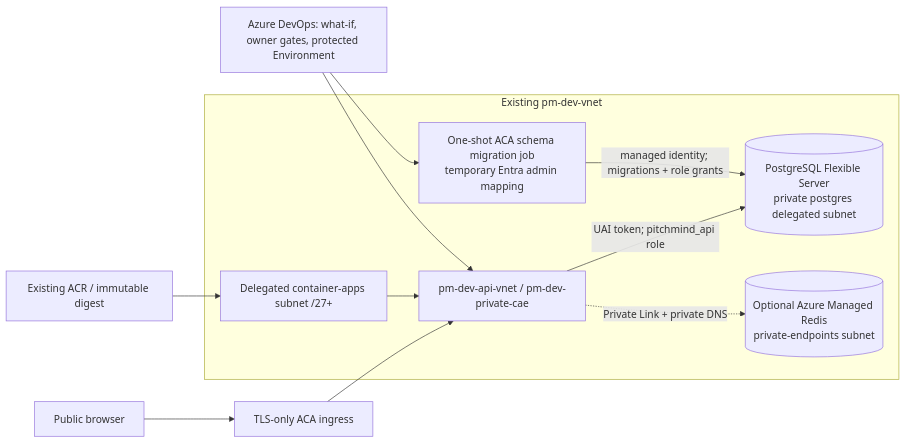
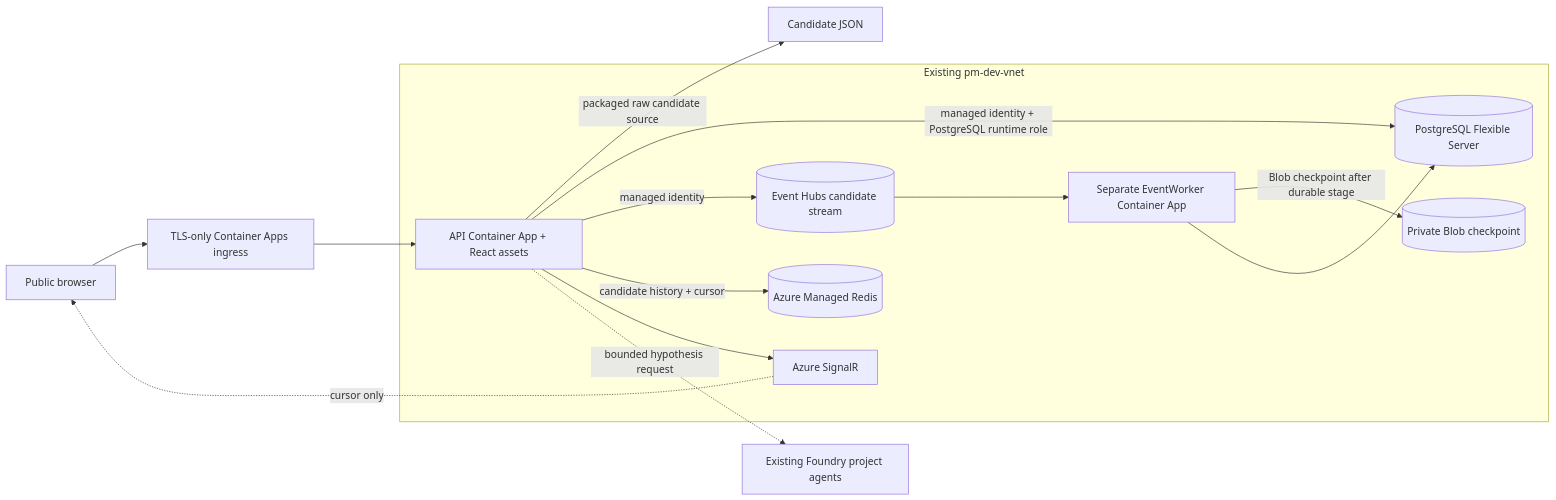
The third of 3 diagrams in docs/architecture/04-deployment.md (prateekgangopadhyay/PitchMind), drawn with Mermaid before and after one commit. The commit also changed other lines of this file and 16 other files, not shown here.

````diff
--- a/docs/architecture/04-deployment.md
+++ b/docs/architecture/04-deployment.md
@@ -72,14 +37,17 @@
 ```mermaid
 flowchart LR
-  Browser["Public browser"] --> ACAIngress["TLS-only ACA ingress"]
-  ACAIngress --> API["pm-dev-api-vnet / pm-dev-private-cae"]
+  Browser["Public browser"] --> ACAIngress["TLS-only Container Apps ingress"]
+  ACAIngress --> API["API Container App + React assets"]
+  API -->|"packaged raw candidate source"| JSON["Candidate JSON"]
   subgraph VNet["Existing pm-dev-vnet"]
-    ACA["Delegated container-apps subnet /27+"] --> API
-    API -->|"UAI token; pitchmind_api role"| PG[("PostgreSQL Flexible Server\nprivate postgres delegated subnet")]
-    MIG["One-shot ACA schema migration job\ntemporary Entra admin mapping"] -->|"managed identity; migrations + role grants"| PG
-    API -. "Private Link + private DNS" .-> Redis[("Optional Azure Managed Redis\nprivate-endpoints subnet")]
+    API -->|"managed identity + PostgreSQL runtime role"| PG[("PostgreSQL Flexible Server")]
+    API -->|"managed identity"| EH[("Event Hubs candidate stream")]
+    EH --> Worker["Separate EventWorker Container App"]
+    Worker -->|"Blob checkpoint after durable stage"| Blob[("Private Blob checkpoint")]
+    Worker --> PG
+    API -->|"candidate history + cursor"| Redis[("Azure Managed Redis")]
+    API --> SignalR["Azure SignalR"]
   end
-  ACR["Existing ACR / immutable digest"] --> ACA
-  ADO["Azure DevOps: what-if, owner gates, protected Environment"] --> MIG
-  ADO --> API
+  API -. "bounded hypothesis request" .-> Foundry["Existing Foundry project agents"]
+  SignalR -. "cursor only" .-> Browser
 ```
````
